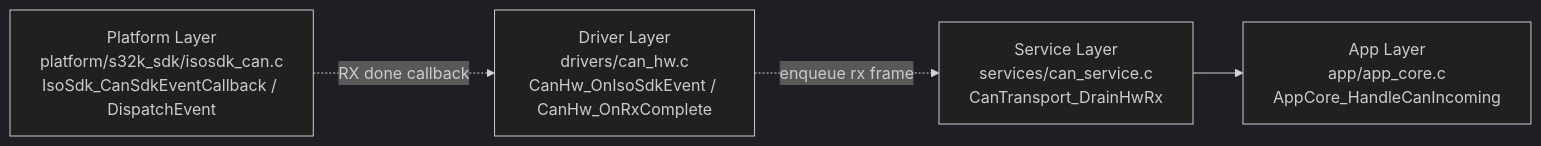
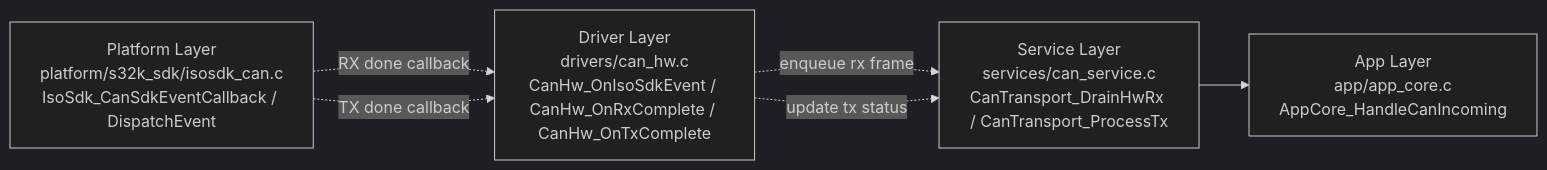
One commit to leejh63/submit_subject changed the fifth of 18 diagrams in embeded/re_5/s32k_task_layer_maps.md. Above: the diagram before and after it, drawn with Mermaid (dark theme). The commit also changed other lines of this file and 5 other files, not shown here.

````diff
--- a/embeded/re_5/s32k_task_layer_maps.md
+++ b/embeded/re_5/s32k_task_layer_maps.md
@@ -80,11 +80,13 @@
 ```mermaid
 flowchart LR
   PLT["Platform Layer<br/>platform/s32k_sdk/isosdk_can.c<br/>IsoSdk_CanSdkEventCallback / DispatchEvent"]
-  DRV["Driver Layer<br/>drivers/can_hw.c<br/>CanHw_OnIsoSdkEvent / CanHw_OnRxComplete"]
-  SVC["Service Layer<br/>services/can_service.c<br/>CanTransport_DrainHwRx"]
+  DRV["Driver Layer<br/>drivers/can_hw.c<br/>CanHw_OnIsoSdkEvent / CanHw_OnRxComplete / CanHw_OnTxComplete"]
+  SVC["Service Layer<br/>services/can_service.c<br/>CanTransport_DrainHwRx / CanTransport_ProcessTx"]
   APP["App Layer<br/>app/app_core.c<br/>AppCore_HandleCanIncoming"]
 
   PLT -. RX done callback .-> DRV
   DRV -. enqueue rx frame .-> SVC
+  PLT -. TX done callback .-> DRV
+  DRV -. update tx status .-> SVC
   SVC --> APP
 ```
````
